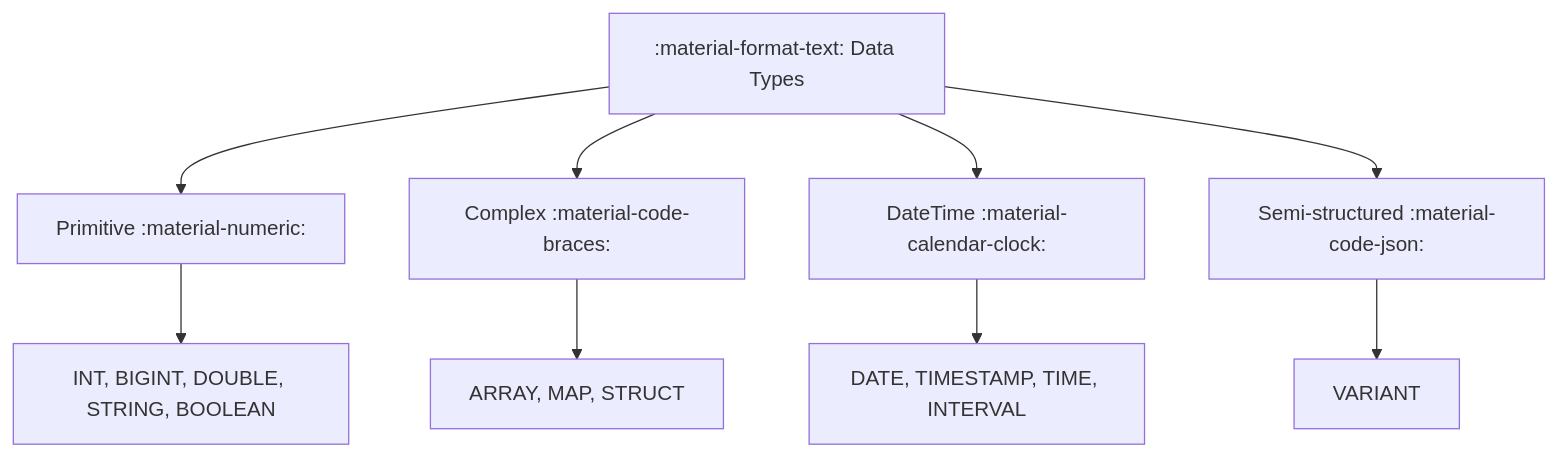
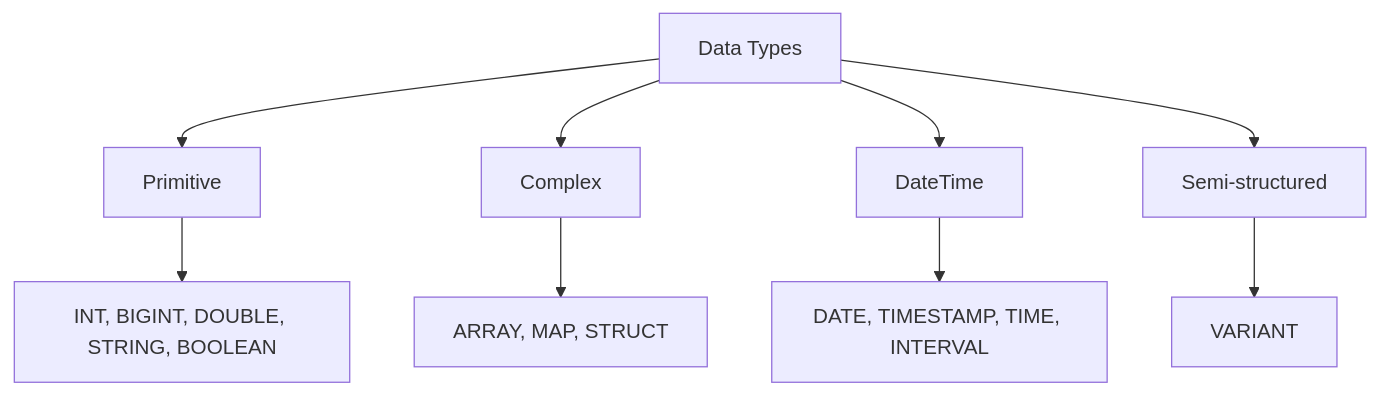
One commit to mahfooziiitian/spark-batch changed the diagram in spark-sql/docs/schema-tables/types/index.md. Above: the diagram before and after it, drawn with Mermaid. The commit also changed other lines of this file and 809 other files, not shown here.

````diff
--- a/spark-sql/docs/schema-tables/types/index.md
+++ b/spark-sql/docs/schema-tables/types/index.md
@@ -8,11 +8,11 @@
 ```mermaid
 graph TD
-    A[":material-format-text: Data Types"] --> B["Primitive :material-numeric:"]
-    A --> C["Complex :material-code-braces:"]
-    A --> D["DateTime :material-calendar-clock:"]
-    A --> V["Semi-structured :material-code-json:"]
+    A["Data Types"] --> B["Primitive"]
+    A --> C["Complex"]
+    A --> D["DateTime"]
+    A --> V["Semi-structured"]
     B --> E["INT, BIGINT, DOUBLE, STRING, BOOLEAN"]
     C --> F["ARRAY, MAP, STRUCT"]
     D --> G["DATE, TIMESTAMP, TIME, INTERVAL"]
     V --> H["VARIANT"]
 ```
````
